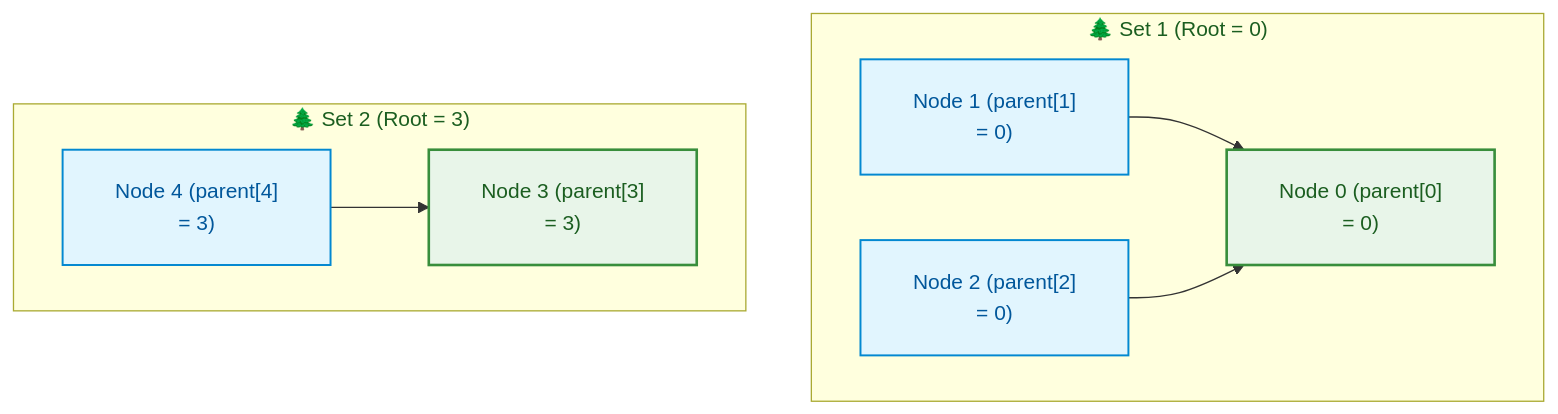
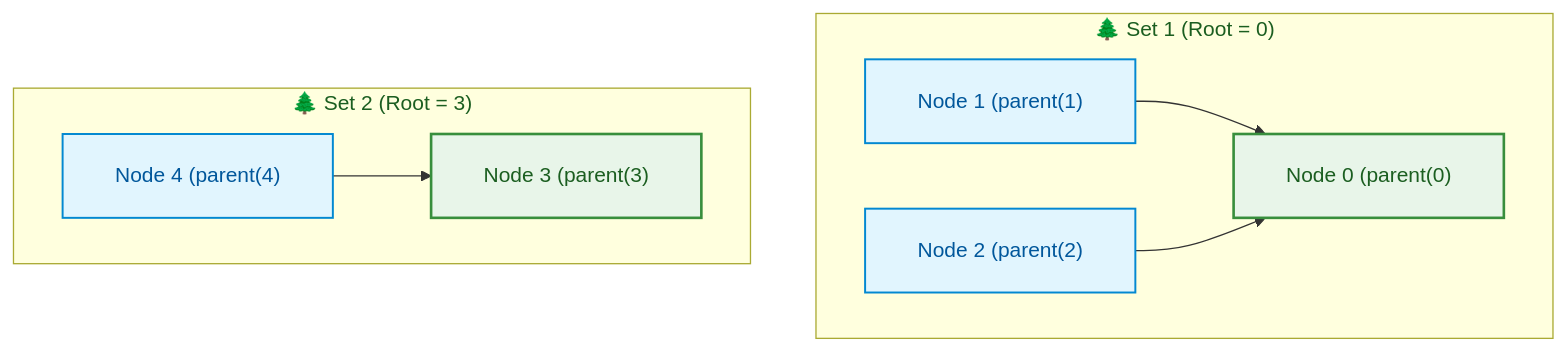
One commit to dip4k/DSA_102 changed diagram 13 of 15 in week_09_graph_algorithms_i/Week_09_Visual_Concepts_Playbook_HYBRID.md. Above: the diagram before and after it, drawn with Mermaid. The commit also changed other lines of this file and 147 other files, not shown here.

First line of the commit message:
feat(curriculum): enrich Weeks 01-19 instructional modules & resolve repository-wide Mermaid cutoff

````diff
--- a/week_09_graph_algorithms_i/Week_09_Visual_Concepts_Playbook_HYBRID.md
+++ b/week_09_graph_algorithms_i/Week_09_Visual_Concepts_Playbook_HYBRID.md
@@ -466,20 +466,20 @@
 ```mermaid
 %%{init: {"flowchart": {"htmlLabels": true, "padding": 20}, "themeCSS": "foreignObject { overflow: visible !important; }"}}%%
 flowchart TD
-    classDef root fill:#e8f5e9,stroke:#388e3c,color:#1b5e20,stroke-width:2px;
-    classDef child fill:#e1f5fe,stroke:#0288d1,color:#01579b,stroke-width:1.5px;
+    classDef root fill:#e8f5e9,stroke:#388e3c,color:#1b5e20,stroke-width:2px
+    classDef child fill:#e1f5fe,stroke:#0288d1,color:#01579b,stroke-width:1.5px
 
     subgraph Tree1["🌲 Set 1 (Root = 0)"]
-        R0["Node 0 (parent[0]<br/>= 0)"]:::root
-        N1["Node 1 (parent[1]<br/>= 0)"]:::child
-        N2["Node 2 (parent[2]<br/>= 0)"]:::child
+        R0["Node 0 (parent(0)<br/&ge; 0)"]:::root
+        N1["Node 1 (parent(1)<br/&ge; 0)"]:::child
+        N2["Node 2 (parent(2)<br/&ge; 0)"]:::child
         N1 --> R0
         N2 --> R0
     end
 
     subgraph Tree2["🌲 Set 2 (Root = 3)"]
-        R3["Node 3 (parent[3]<br/>= 3)"]:::root
-        N4["Node 4 (parent[4]<br/>= 3)"]:::child
+        R3["Node 3 (parent(3)<br/&ge; 3)"]:::root
+        N4["Node 4 (parent(4)<br/&ge; 3)"]:::child
         N4 --> R3
     end
 ```
````
